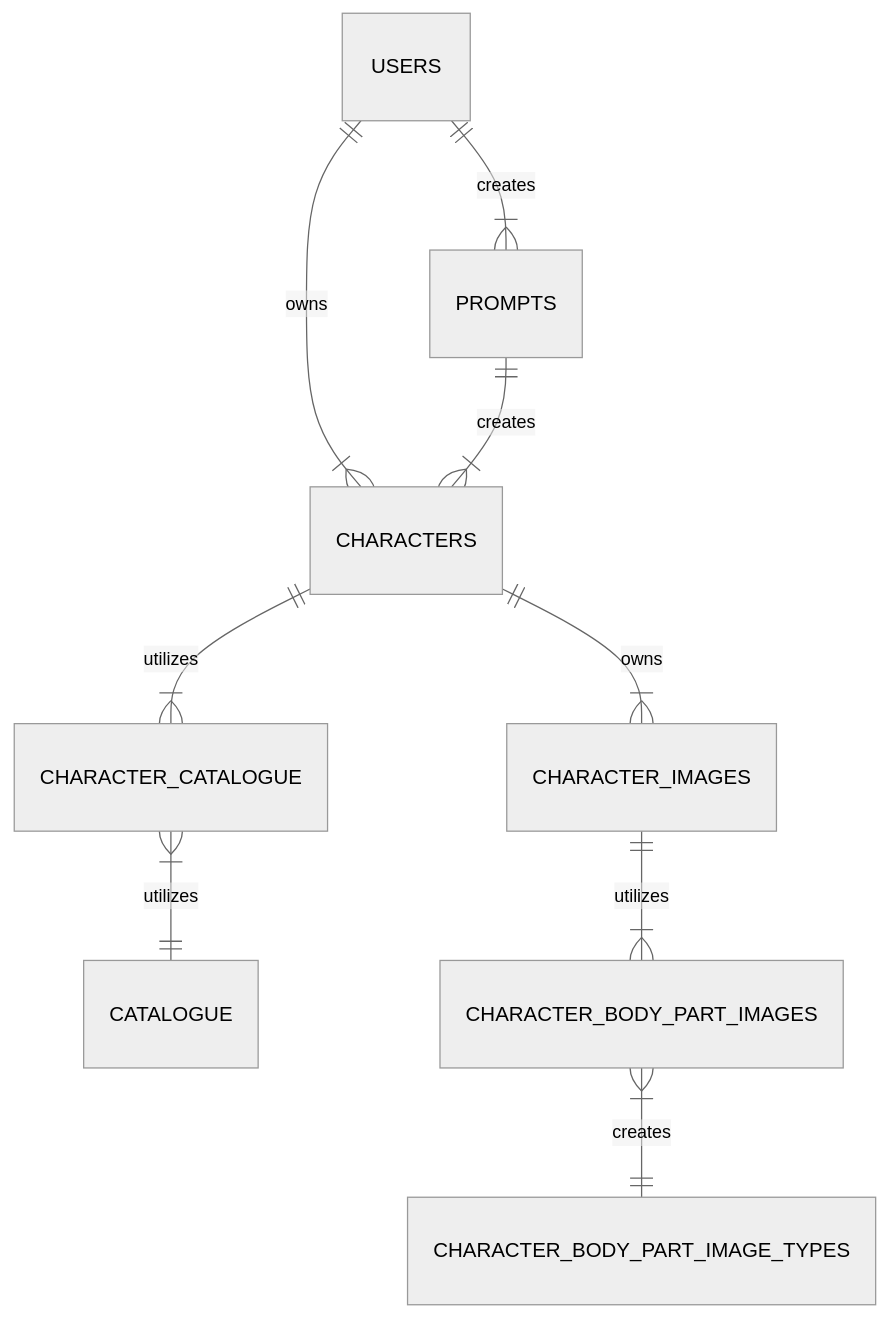
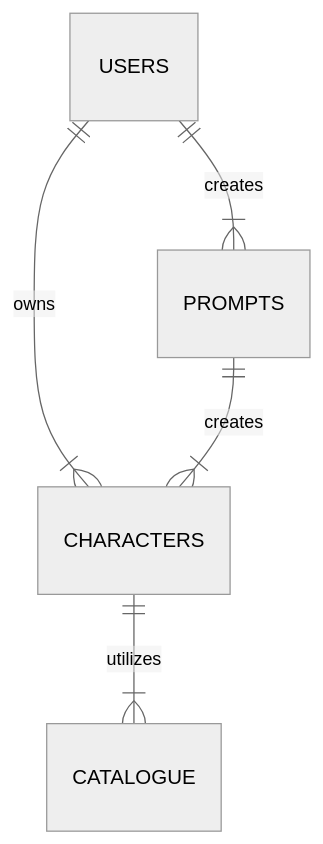
The first of 2 diagrams in README.md (Wren00/create-an-orc), drawn with Mermaid (neutral theme) before and after one commit.

````diff
--- a/README.md
+++ b/README.md
@@ -49,11 +49,7 @@
 ```mermaid
 erDiagram
 USERS ||--|{ CHARACTERS : owns
 USERS ||--|{ PROMPTS : creates
-CHARACTERS ||--|{ CHARACTER_IMAGES : owns
-CHARACTERS ||--|{ CHARACTER_CATALOGUE : utilizes
-CHARACTER_CATALOGUE }|--|| CATALOGUE : utilizes
-CHARACTER_IMAGES ||--|{ CHARACTER_BODY_PART_IMAGES : utilizes
-CHARACTER_BODY_PART_IMAGES }|--|| CHARACTER_BODY_PART_IMAGE_TYPES : creates
+CHARACTERS ||--|{ CATALOGUE : utilizes
 PROMPTS ||--|{ CHARACTERS : creates
 ```
````
